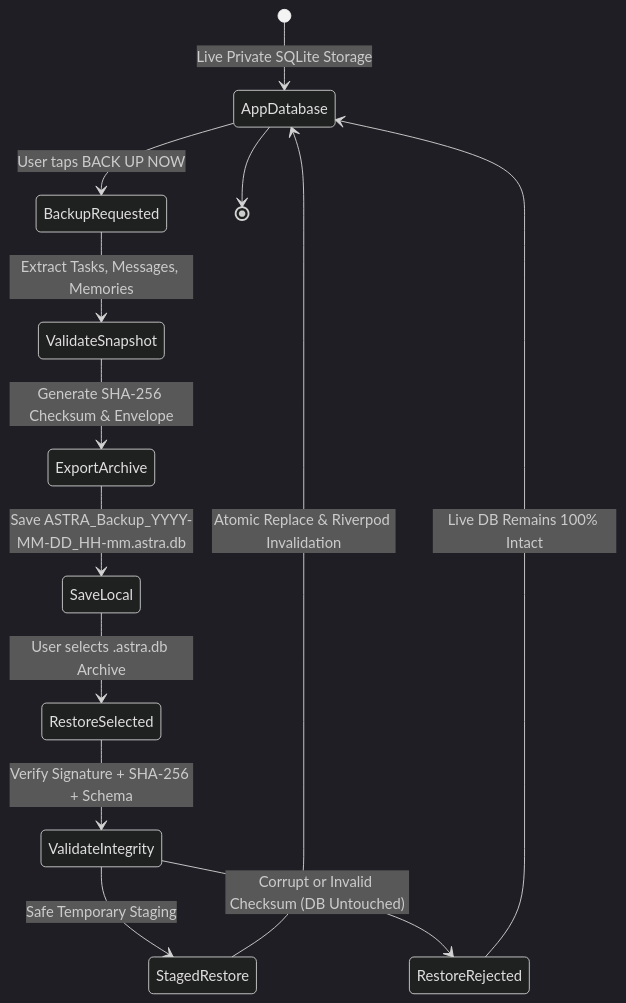
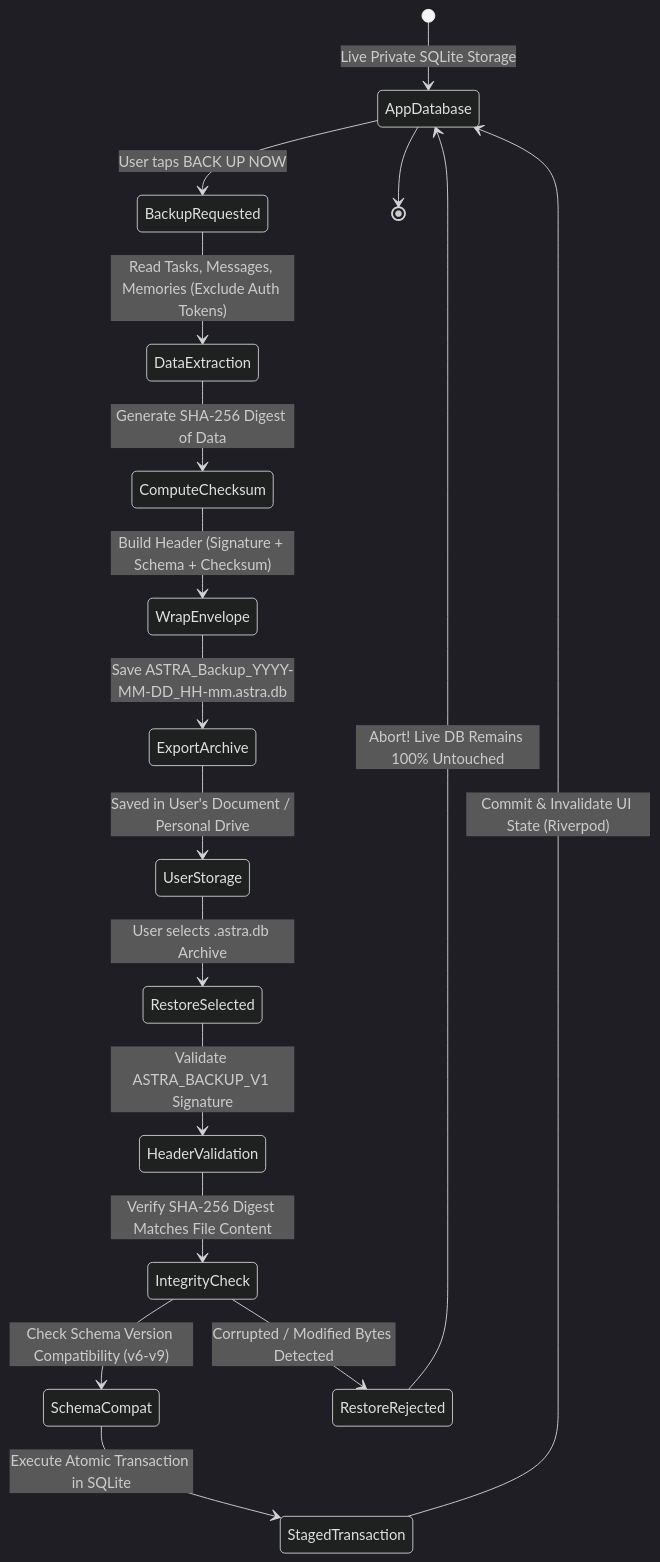
Before and after one commit to manojsai7/Astra-Ai-Tasks-manager-APK: the fourth of 5 diagrams in README.md, drawn with Mermaid (dark theme). The commit also changed other lines of this file, not shown here.

Commit message:
docs: enrich local sqlite and .astra.db cryptographic backup section with engineering intuitions

````diff
--- a/README.md
+++ b/README.md
@@ -267,18 +283,23 @@
 ```mermaid
 stateDiagram-v2
     [*] --> AppDatabase: Live Private SQLite Storage
 
     AppDatabase --> BackupRequested: User taps BACK UP NOW
-    BackupRequested --> ValidateSnapshot: Extract Tasks, Messages, Memories
-    ValidateSnapshot --> ExportArchive: Generate SHA-256 Checksum & Envelope
-    ExportArchive --> SaveLocal: Save ASTRA_Backup_YYYY-MM-DD_HH-mm.astra.db
+    BackupRequested --> DataExtraction: Read Tasks, Messages, Memories (Exclude Auth Tokens)
+    DataExtraction --> ComputeChecksum: Generate SHA-256 Digest of Data
+    ComputeChecksum --> WrapEnvelope: Build Header (Signature + Schema + Checksum)
+    WrapEnvelope --> ExportArchive: Save ASTRA_Backup_YYYY-MM-DD_HH-mm.astra.db
 
-    SaveLocal --> RestoreSelected: User selects .astra.db Archive
-    RestoreSelected --> ValidateIntegrity: Verify Signature + SHA-256 + Schema
-    ValidateIntegrity --> StagedRestore: Safe Temporary Staging
-    ValidateIntegrity --> RestoreRejected: Corrupt or Invalid Checksum (DB Untouched)
+    ExportArchive --> UserStorage: Saved in User's Document / Personal Drive
 
-    StagedRestore --> AppDatabase: Atomic Replace & Riverpod Invalidation
-    RestoreRejected --> AppDatabase: Live DB Remains 100% Intact
+    UserStorage --> RestoreSelected: User selects .astra.db Archive
+    RestoreSelected --> HeaderValidation: Validate ASTRA_BACKUP_V1 Signature
+    HeaderValidation --> IntegrityCheck: Verify SHA-256 Digest Matches File Content
+    IntegrityCheck --> SchemaCompat: Check Schema Version Compatibility (v6-v9)
+    IntegrityCheck --> RestoreRejected: Corrupted / Modified Bytes Detected
+
+    SchemaCompat --> StagedTransaction: Execute Atomic Transaction in SQLite
+    StagedTransaction --> AppDatabase: Commit & Invalidate UI State (Riverpod)
+    RestoreRejected --> AppDatabase: Abort! Live DB Remains 100% Untouched
     AppDatabase --> [*]
 ```
````
